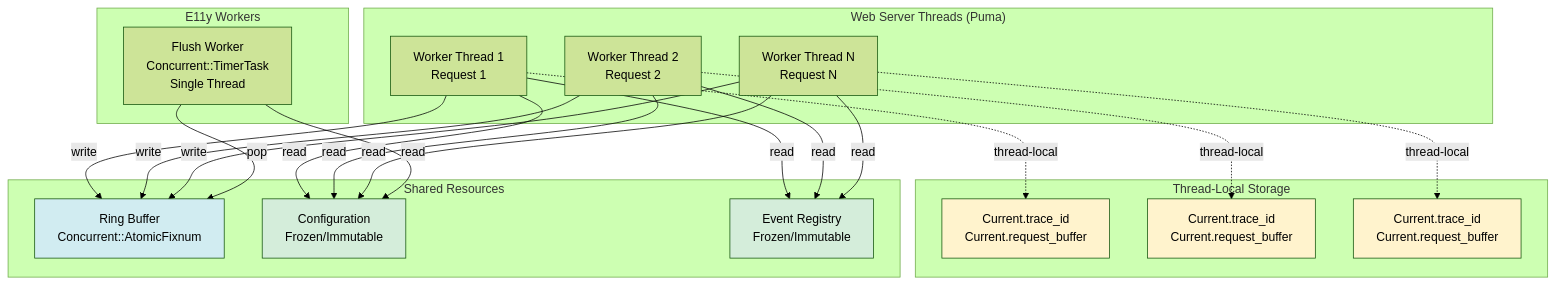
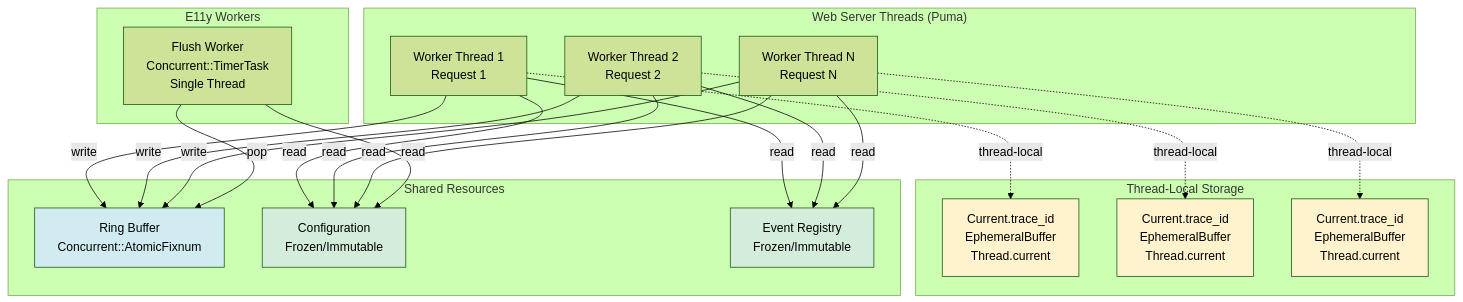
One commit to arturseletskiy/e11y changed the seventh of 14 diagrams in docs/ADR-001-architecture.md. Above: the diagram before and after it, drawn with Mermaid (forest theme). The commit also changed other lines of this file and 230 other files, not shown here.

````diff
--- a/docs/ADR-001-architecture.md
+++ b/docs/ADR-001-architecture.md
@@ -446,50 +446,50 @@
 ```mermaid
 graph TB
     subgraph "Web Server Threads (Puma)"
         WT1[Worker Thread 1<br/>Request 1]
         WT2[Worker Thread 2<br/>Request 2]
         WT3[Worker Thread N<br/>Request N]
     end
     
     subgraph "Thread-Local Storage"
-        TL1[Current.trace_id<br/>Current.request_buffer]
-        TL2[Current.trace_id<br/>Current.request_buffer]
-        TL3[Current.trace_id<br/>Current.request_buffer]
+        TL1[Current.trace_id<br/>EphemeralBuffer<br/>Thread.current]
+        TL2[Current.trace_id<br/>EphemeralBuffer<br/>Thread.current]
+        TL3[Current.trace_id<br/>EphemeralBuffer<br/>Thread.current]
     end
     
     subgraph "Shared Resources"
         RB[Ring Buffer<br/>Concurrent::AtomicFixnum]
         Config[Configuration<br/>Frozen/Immutable]
         Registry[Event Registry<br/>Frozen/Immutable]
     end
     
     subgraph "E11y Workers"
         FW[Flush Worker<br/>Concurrent::TimerTask<br/>Single Thread]
     end
     
     WT1 -.->|thread-local| TL1
     WT2 -.->|thread-local| TL2
     WT3 -.->|thread-local| TL3
     
     WT1 -->|write| RB
     WT2 -->|write| RB
     WT3 -->|write| RB
     
     WT1 -->|read| Config
     WT2 -->|read| Config
     WT3 -->|read| Config
     
     WT1 -->|read| Registry
     WT2 -->|read| Registry
     WT3 -->|read| Registry
     
     FW -->|pop| RB
     FW -->|read| Config
     
     style TL1 fill:#fff3cd
     style TL2 fill:#fff3cd
     style TL3 fill:#fff3cd
     style RB fill:#d1ecf1
     style Config fill:#d4edda
     style Registry fill:#d4edda
 ```
````
